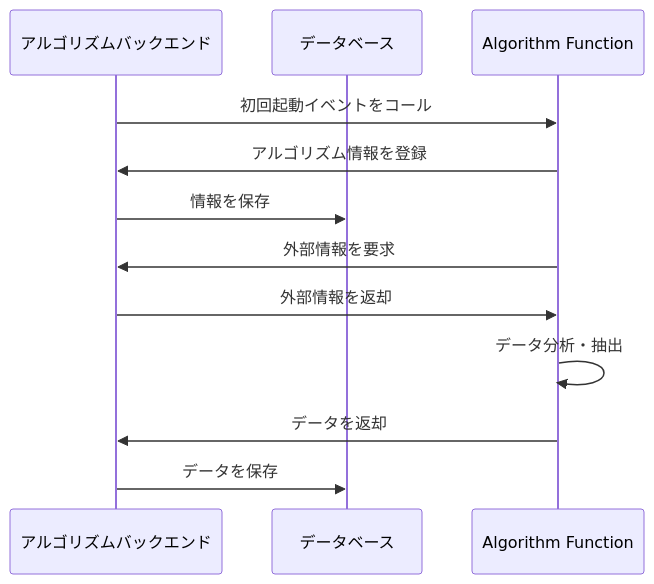
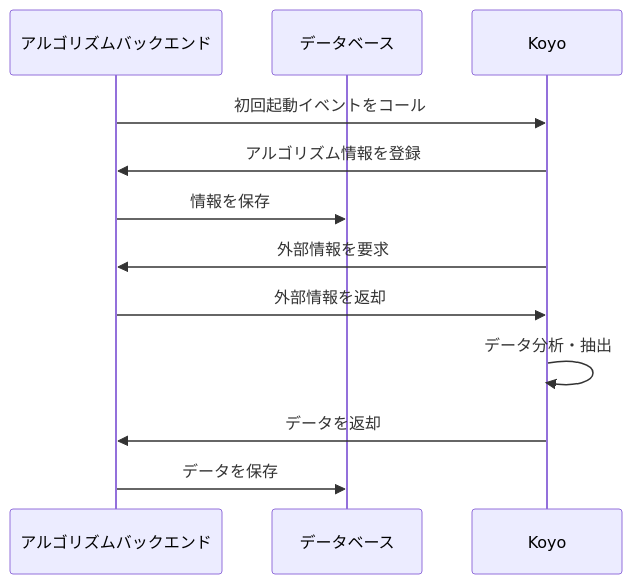
One commit to halcyon-org/belifeline-architecture changed the first of 2 diagrams in docs/feat/sequence/koyo/README.md. Above: the diagram before and after it, drawn with Mermaid. The commit also changed other lines of this file and 5 other files, not shown here.

````diff
--- a/docs/feat/sequence/koyo/README.md
+++ b/docs/feat/sequence/koyo/README.md
@@ -20,15 +20,15 @@
 ```mermaid
 sequenceDiagram
     participant server as アルゴリズムバックエンド
     participant db as データベース
-    participant func as Algorithm Function
+    participant func as Koyo
     server ->> func: 初回起動イベントをコール
     func ->> server: アルゴリズム情報を登録
     server ->> db: 情報を保存
     func ->> server: 外部情報を要求
     server ->> func: 外部情報を返却
     func ->> func: データ分析・抽出
     func ->> server: データを返却
     server ->> db: データを保存
 
 ```
````
